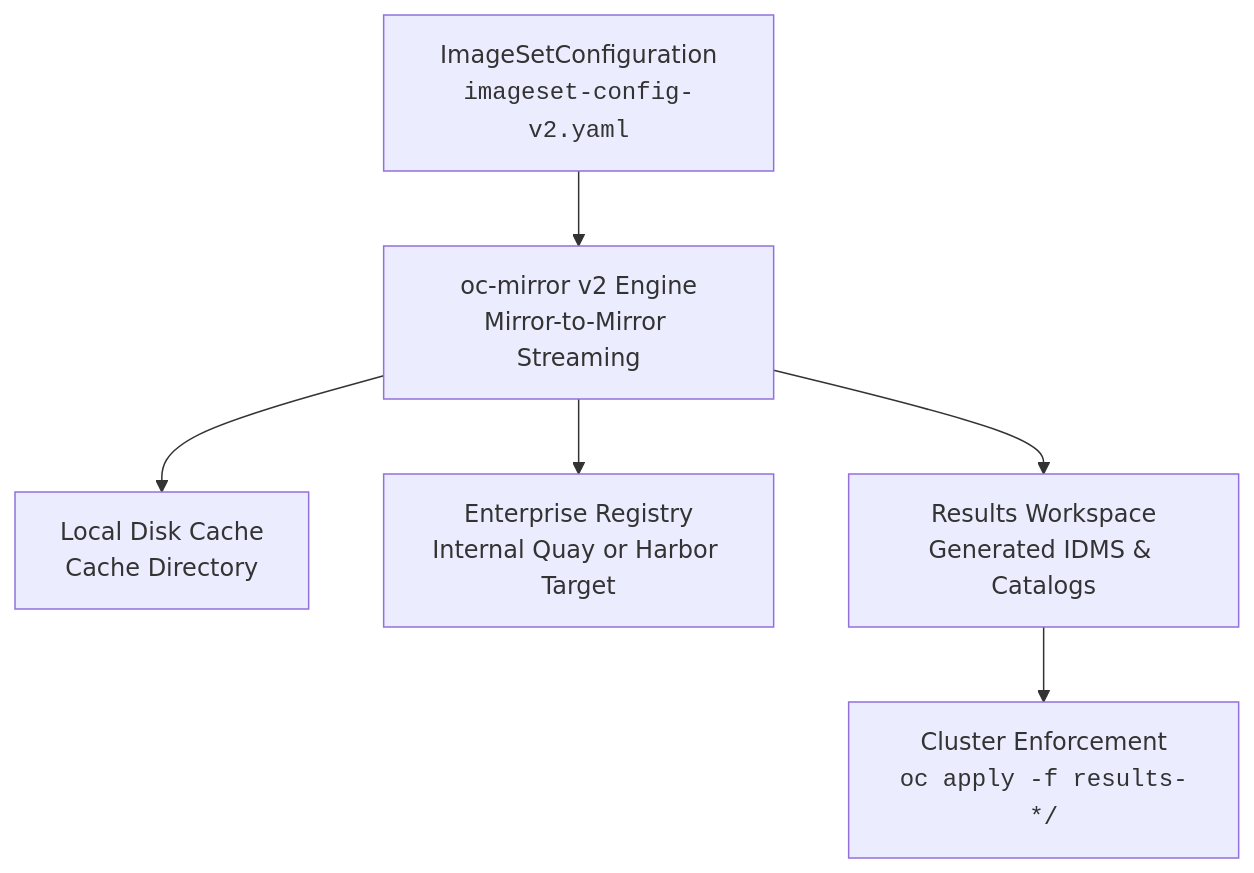
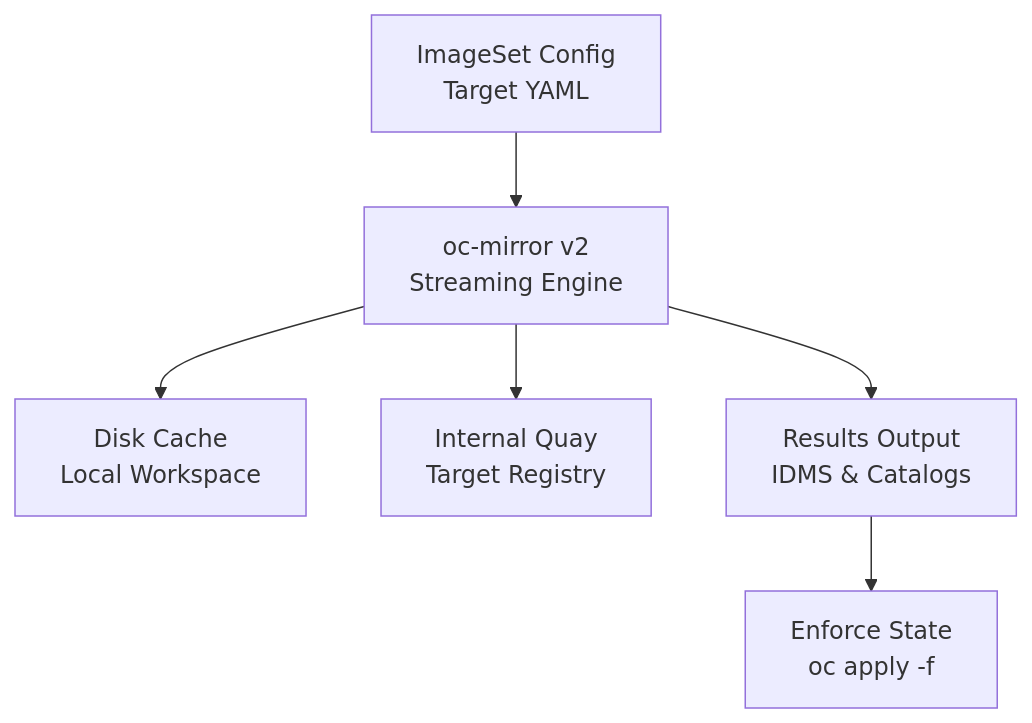
Before and after one commit to nubenetes/openshift-4-20-installation-day0-day2: the fourth of 6 diagrams in scripts/README.md, drawn with Mermaid. The commit also changed other lines of this file, not shown here.

Commit message:
fix(docs): resolve text overflow in mermaid boxes by shortening line lengths and adding ascii companion diagrams

````diff
--- a/scripts/README.md
+++ b/scripts/README.md
@@ -247,8 +299,8 @@
 ```mermaid
 flowchart TD
-    A["ImageSetConfiguration<br/><code>imageset-config-v2.yaml</code>"] --> B["oc-mirror v2 Engine<br/>Mirror-to-Mirror Streaming"]
-    B --> C["Local Disk Cache<br/>Cache Directory"]
-    B --> D["Enterprise Registry<br/>Internal Quay or Harbor Target"]
-    B --> E["Results Workspace<br/>Generated IDMS &amp; Catalogs"]
-    E --> F["Cluster Enforcement<br/><code>oc apply -f results-*/</code>"]
+    A["ImageSet Config<br/>Target YAML"] --> B["oc-mirror v2<br/>Streaming Engine"]
+    B --> C["Disk Cache<br/>Local Workspace"]
+    B --> D["Internal Quay<br/>Target Registry"]
+    B --> E["Results Output<br/>IDMS &amp; Catalogs"]
+    E --> F["Enforce State<br/>oc apply -f"]
 ```
````
